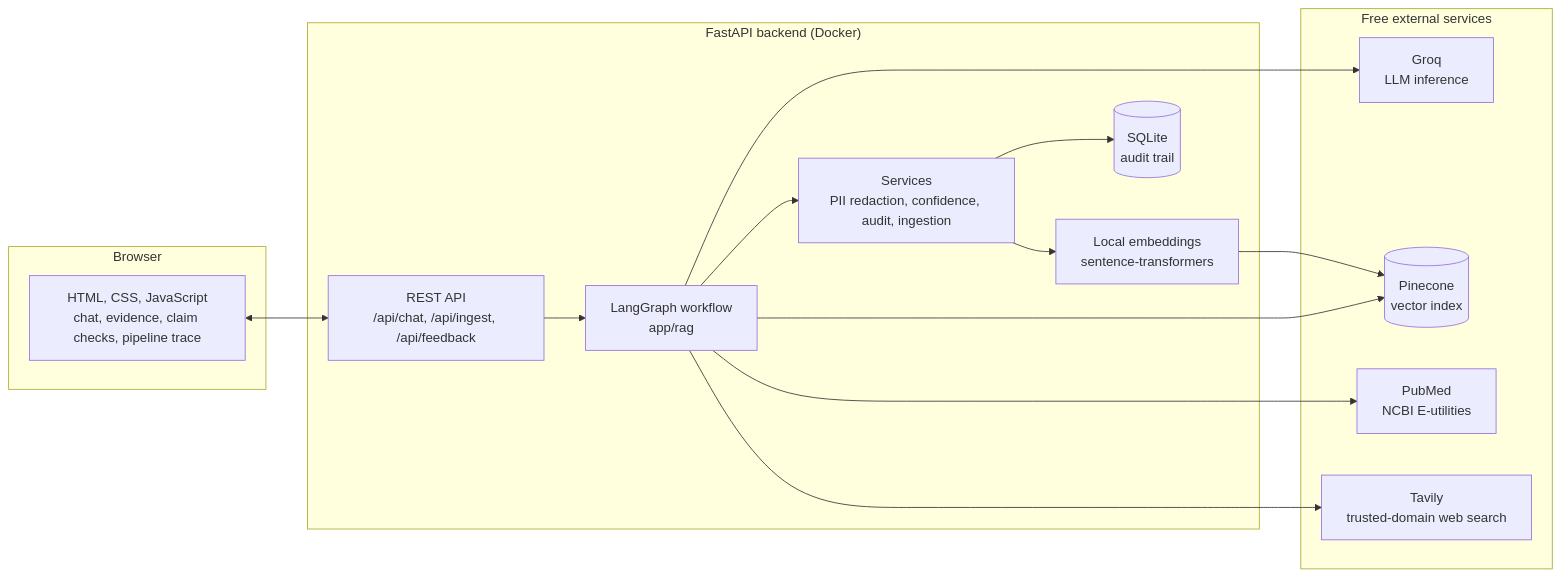
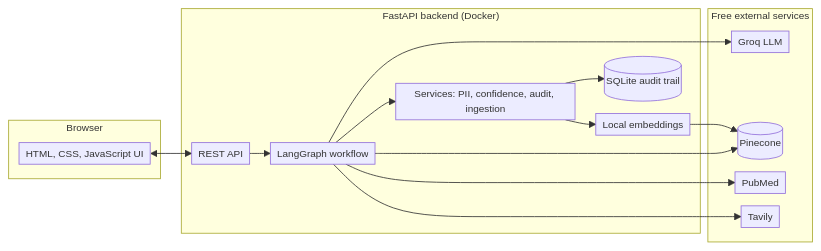
The second of 2 diagrams in README.md (anandjohnbaby/medical-research-assistant), drawn with Mermaid before and after one commit. The commit also changed other lines of this file, not shown here.

````diff
--- a/README.md
+++ b/README.md
@@ -82,32 +85,33 @@
 ```mermaid
+%%{init: {"flowchart": {"nodeSpacing": 15, "rankSpacing": 25, "padding": 4}, "themeVariables": {"fontSize": "12px"}}}%%
 flowchart LR
     subgraph Client["Browser"]
-        UI["HTML, CSS, JavaScript<br/>chat, evidence, claim checks, pipeline trace"]
+        UI["HTML, CSS, JavaScript UI"]
     end
 
     subgraph Backend["FastAPI backend (Docker)"]
-        API["REST API<br/>/api/chat, /api/ingest, /api/feedback"]
-        WF["LangGraph workflow<br/>app/rag"]
-        SVC["Services<br/>PII redaction, confidence, audit, ingestion"]
-        EMB["Local embeddings<br/>sentence-transformers"]
-        DB[("SQLite<br/>audit trail")]
+        API["REST API"]
+        WF["LangGraph workflow"]
+        SVC["Services: PII, confidence, audit, ingestion"]
+        EMB["Local embeddings"]
+        DB[("SQLite audit trail")]
     end
 
     subgraph External["Free external services"]
-        LLM["Groq<br/>LLM inference"]
-        PC[("Pinecone<br/>vector index")]
-        PM["PubMed<br/>NCBI E-utilities"]
-        TV["Tavily<br/>trusted-domain web search"]
+        LLM["Groq LLM"]
+        PC[("Pinecone")]
+        PM["PubMed"]
+        TV["Tavily"]
     end
 
     UI <--> API
     API --> WF
     WF --> SVC
     WF --> LLM
     WF --> PM
     WF --> TV
+    WF --> PC
     SVC --> EMB
     EMB --> PC
-    WF --> PC
     SVC --> DB
 ```
````
